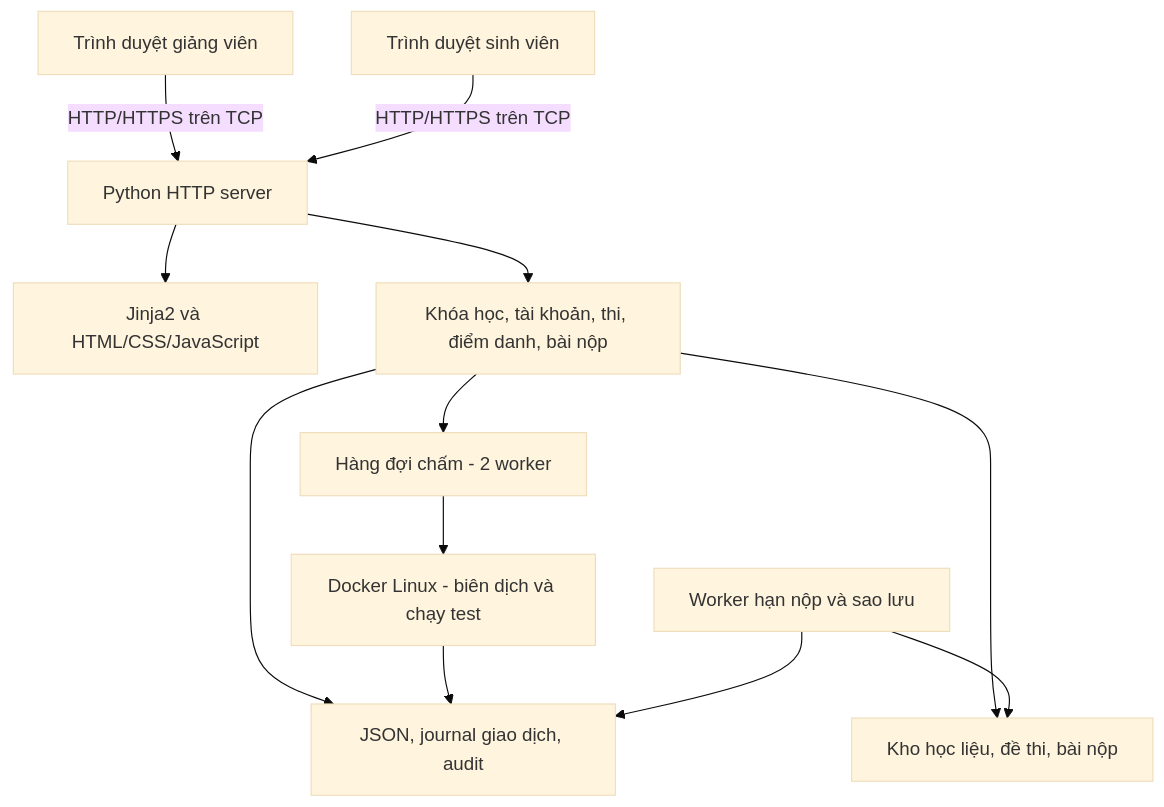
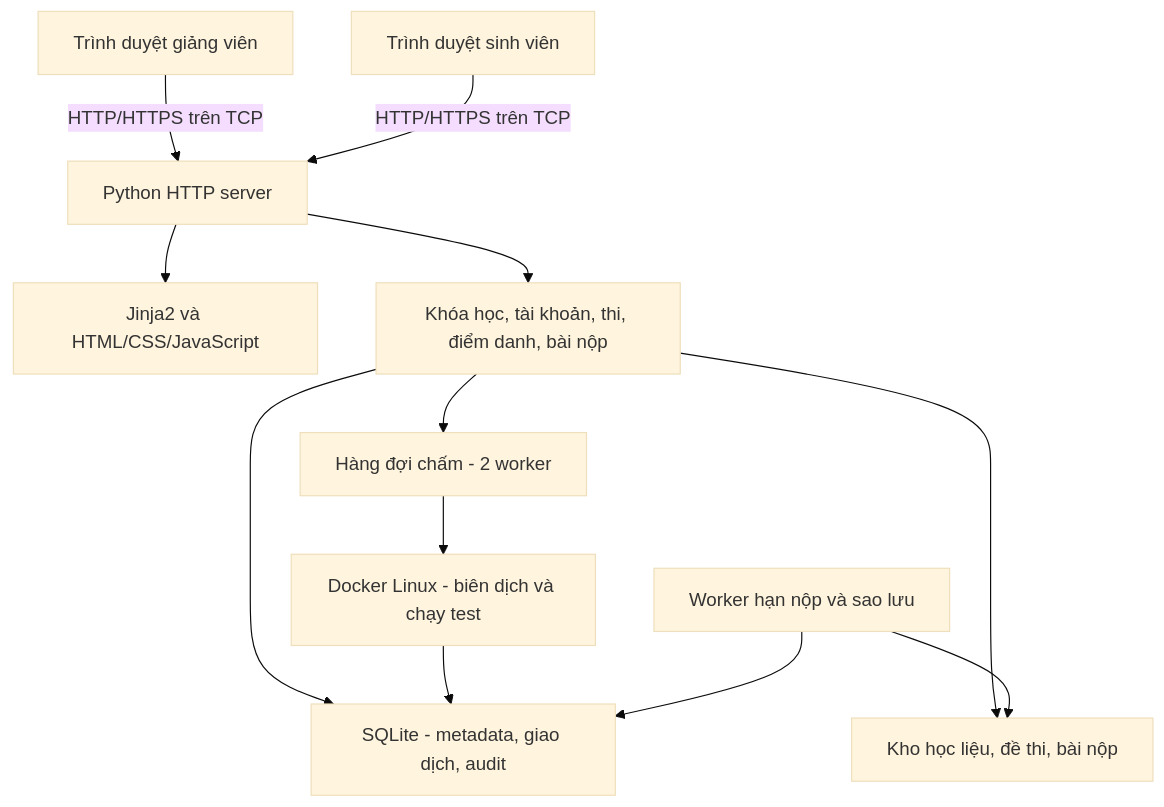
Before and after one commit to VQuyy-1458/Nhom15_LMSLAN_Source: the first of 2 diagrams in README.md, drawn with Mermaid (base theme). The commit also changed other lines of this file and 31 other files, not shown here.

````diff
--- a/README.md
+++ b/README.md
@@ -138,14 +138,14 @@
 ```mermaid
 flowchart TD
     A[Trình duyệt giảng viên] -->|HTTP/HTTPS trên TCP| S
     B[Trình duyệt sinh viên] -->|HTTP/HTTPS trên TCP| S
     S[Python HTTP server] --> T[Jinja2 và HTML/CSS/JavaScript]
     S --> L[Khóa học, tài khoản, thi, điểm danh, bài nộp]
-    L --> D[JSON, journal giao dịch, audit]
+    L --> D[SQLite - metadata, giao dịch, audit]
     L --> F[Kho học liệu, đề thi, bài nộp]
     L --> Q[Hàng đợi chấm - 2 worker]
     Q --> C[Docker Linux - biên dịch và chạy test]
     C --> D
     W[Worker hạn nộp và sao lưu] --> D
     W --> F
 ```
````
